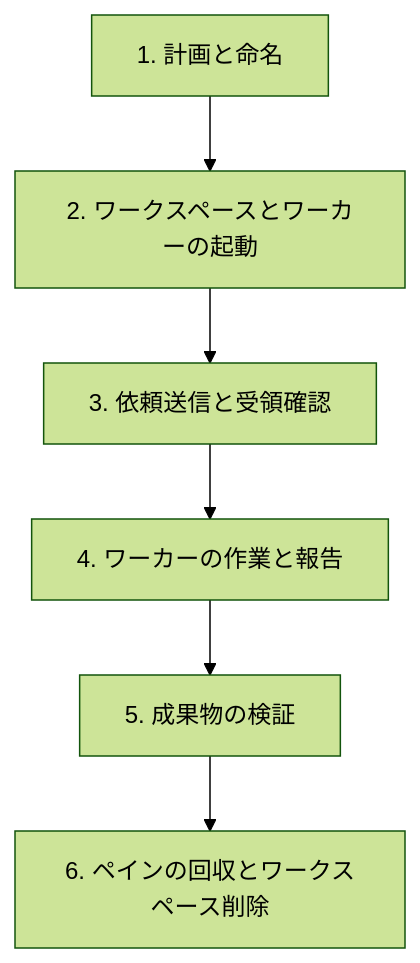
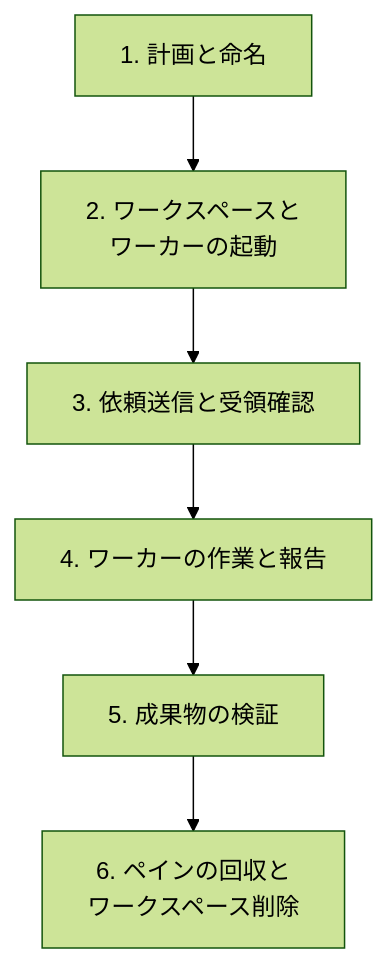
The second of 2 diagrams in articles/herdr-orchestrate-workers-skill.md (shunk031/zenn-contents), drawn with Mermaid (forest theme) before and after one commit. The commit also changed other lines of this file, not shown here.

````diff
--- a/articles/herdr-orchestrate-workers-skill.md
+++ b/articles/herdr-orchestrate-workers-skill.md
@@ -62,8 +62,8 @@
 ```mermaid
 flowchart TD
-    step1["1. 計画と命名"] --> step2["2. ワークスペースとワーカーの起動"]
+    step1["1. 計画と命名"] --> step2["2. ワークスペースと<br>ワーカーの起動"]
     step2 --> step3["3. 依頼送信と受領確認"]
     step3 --> step4["4. ワーカーの作業と報告"]
     step4 --> step5["5. 成果物の検証"]
-    step5 --> step6["6. ペインの回収とワークスペース削除"]
+    step5 --> step6["6. ペインの回収と<br>ワークスペース削除"]
 ```
````
